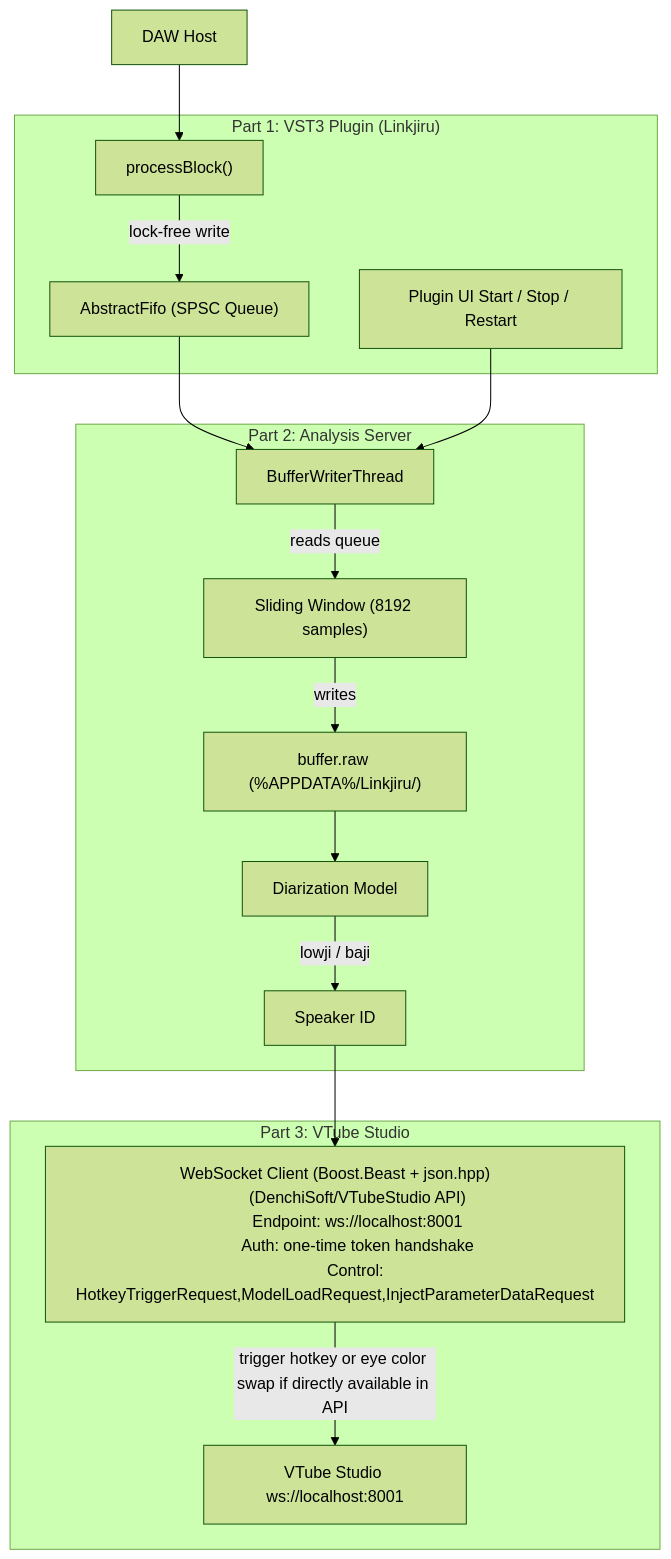
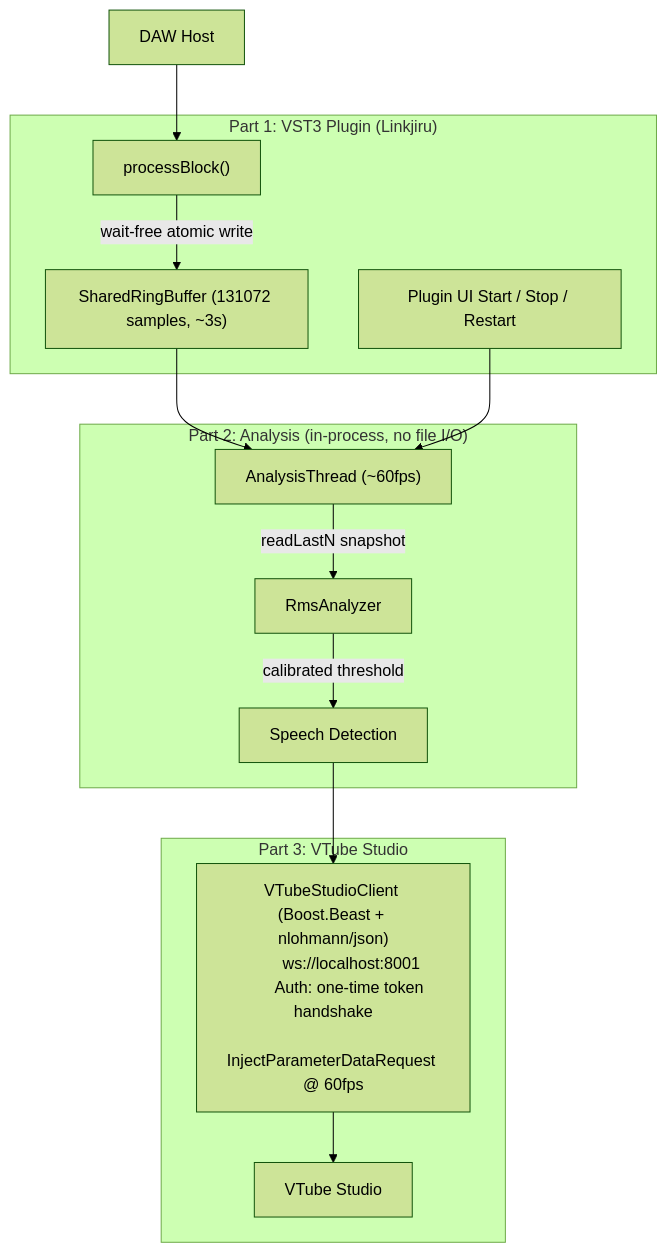
Before and after one commit to Baji-Diarization-Project/bajiru-speaker-recognition: the diagram in cpp_impl/README.md, drawn with Mermaid (forest theme). The commit also changed other lines of this file and 13 other files, not shown here.

First line of the commit message:
Refactor Linkjiru plugin architecture and add VTube Studio integration

````diff
--- a/cpp_impl/README.md
+++ b/cpp_impl/README.md
@@ -4,30 +4,28 @@
 ```mermaid
 flowchart TD
-DAW["DAW Host"] --> PB
-      subgraph Part1["Part 1: VST3 Plugin (Linkjiru)"]
-          PB["processBlock()"]
-          PB -->|lock-free write| FIFO["AbstractFifo (SPSC Queue)"]
-          UI["Plugin UI Start / Stop / Restart"]
-      end
+    DAW["DAW Host"] --> PB
 
-      subgraph Part2["Part 2: Analysis Server"]
-          BWT["BufferWriterThread"] -->|reads queue| SW["Sliding Window (8192 samples)"]
-          SW -->|writes| FILE["buffer.raw (%APPDATA%/Linkjiru/)"]
-          FILE --> DIAR["Diarization Model"]
-          DIAR -->|lowji / baji| RESULT["Speaker ID"]
-      end
+    subgraph Part1["Part 1: VST3 Plugin (Linkjiru)"]
+        PB["processBlock()"]
+        PB -->|"wait-free atomic write"| RB["SharedRingBuffer (131072 samples, ~3s)"]
+        UI["Plugin UI Start / Stop / Restart"]
+    end
 
-      subgraph Part3["Part 3: VTube Studio"]
-          WS["WebSocket Client (Boost.Beast + json.hpp)
-          (DenchiSoft/VTubeStudio API)
-          Endpoint: ws://localhost:8001
-          Auth: one-time token handshake
-          Control: HotkeyTriggerRequest,ModelLoadRequest,InjectParameterDataRequest"]
-          VTS["VTube Studio ws://localhost:8001"]
-          WS -->|trigger hotkey or eye color swap if directly available in API| VTS
-      end
+    subgraph Part2["Part 2: Analysis (in-process, no file I/O)"]
+        AT["AnalysisThread (~60fps)"] -->|"readLastN snapshot"| RMS["RmsAnalyzer"]
+        RMS -->|"calibrated threshold"| SPEECH["Speech Detection"]
+    end
 
-      FIFO --> BWT
-      UI --> BWT
-      RESULT --> WS
+    subgraph Part3["Part 3: VTube Studio"]
+        WS["VTubeStudioClient (Boost.Beast + nlohmann/json)
+        ws://localhost:8001
+        Auth: one-time token handshake
+        InjectParameterDataRequest @ 60fps"]
+        VTS["VTube Studio"]
+        WS --> VTS
+    end
+
+    RB --> AT
+    UI --> AT
+    SPEECH --> WS
 ```
````
